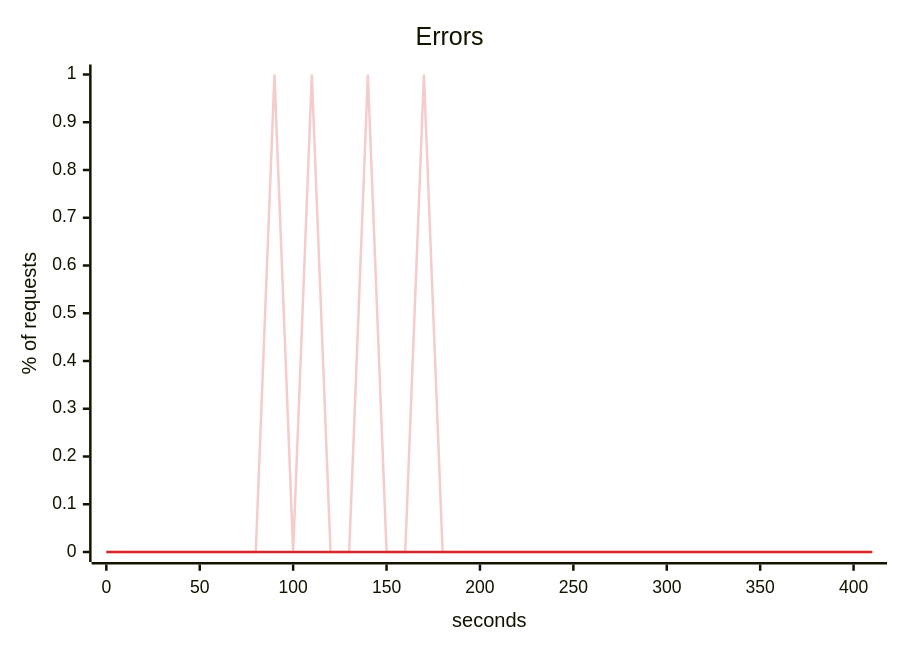
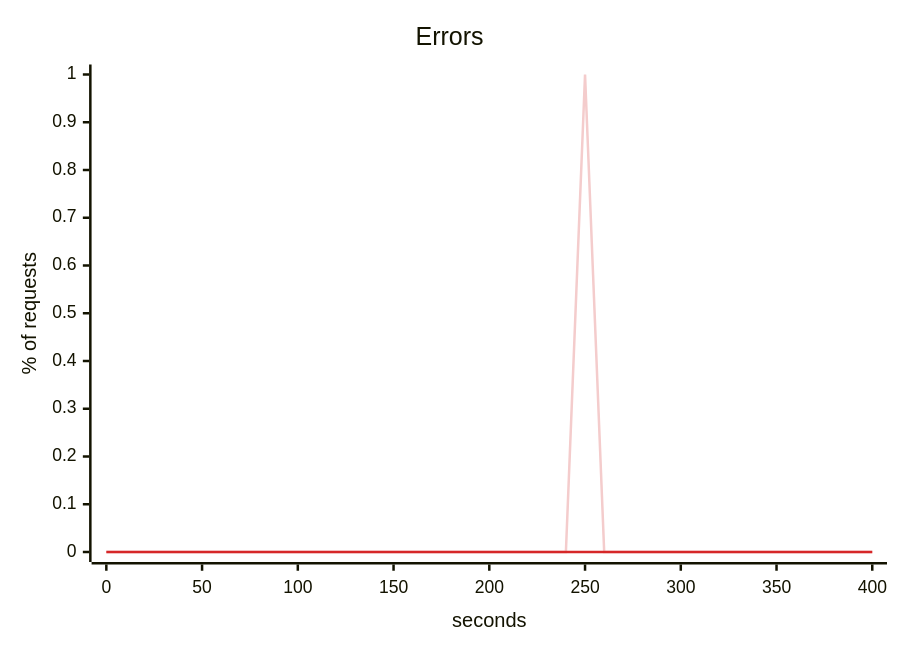
The fourth of 5 diagrams in scenarios/single-postgres-breaking-point/solutions/one-query-per-page/report.md (akinfemi/load-lore), drawn with Mermaid before and after one commit. The commit also changed other lines of this file and 20 other files, not shown here.

````diff
--- a/scenarios/single-postgres-breaking-point/solutions/one-query-per-page/report.md
+++ b/scenarios/single-postgres-breaking-point/solutions/one-query-per-page/report.md
@@ -79,15 +76,15 @@
 ```mermaid
 ---
 config:
   themeVariables:
     xyChart:
       backgroundColor: "transparent"
       plotColorPalette: "#f4cccc, #d62728"
 ---
 xychart-beta
     title "Errors"
-    x-axis "seconds" 0 --> 410
+    x-axis "seconds" 0 --> 400
     y-axis "% of requests" 0 --> 1
-    line [0, 0, 0, 0, 0, 0, 0, 0, 0, 1, 0, 1, 0, 0, 1, 0, 0, 1, 0, 0, 0, 0, 0, 0, 0, 0, 0, 0, 0, 0, 0, 0, 0, 0, 0, 0, 0, 0, 0, 0, 0, 0]
-    line [0, 0, 0, 0, 0, 0, 0, 0, 0, 0, 0, 0, 0, 0, 0, 0, 0, 0, 0, 0, 0, 0, 0, 0, 0, 0, 0, 0, 0, 0, 0, 0, 0, 0, 0, 0, 0, 0, 0, 0, 0, 0]
+    line [0, 0, 0, 0, 0, 0, 0, 0, 0, 0, 0, 0, 0, 0, 0, 0, 0, 0, 0, 0, 0, 0, 0, 0, 0, 1, 0, 0, 0, 0, 0, 0, 0, 0, 0, 0, 0, 0, 0, 0, 0]
+    line [0, 0, 0, 0, 0, 0, 0, 0, 0, 0, 0, 0, 0, 0, 0, 0, 0, 0, 0, 0, 0, 0, 0, 0, 0, 0, 0, 0, 0, 0, 0, 0, 0, 0, 0, 0, 0, 0, 0, 0, 0]
 ```
````
